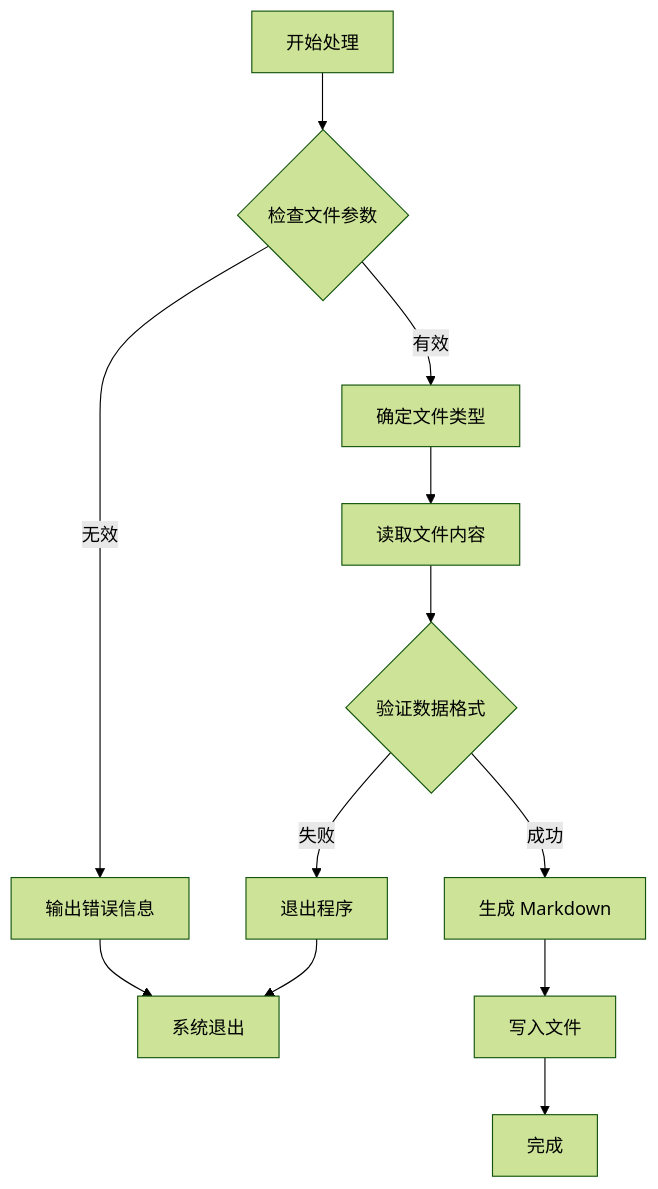
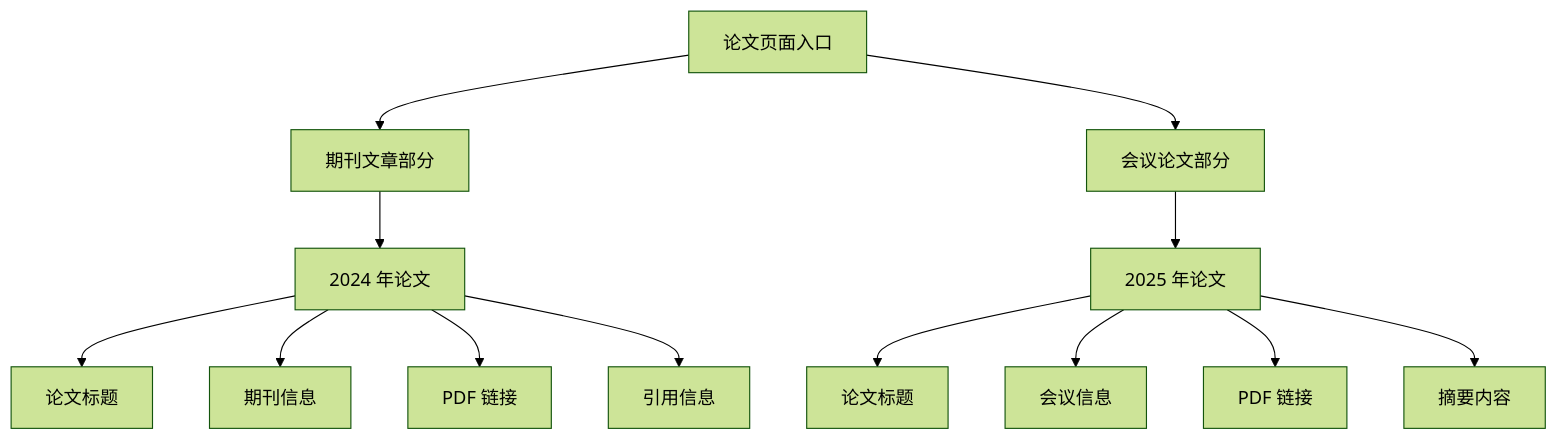
The fourth of 9 diagrams in .qoder/repowiki/zh/content/数据处理和自动化/Python 数据处理脚本.md (CoolPig0720/CoolPig0720.github.io), drawn with Mermaid (forest theme) before and after one commit. The commit also changed other lines of this file and 36 other files, not shown here.

````diff
--- a/.qoder/repowiki/zh/content/数据处理和自动化/Python 数据处理脚本.md
+++ b/.qoder/repowiki/zh/content/数据处理和自动化/Python 数据处理脚本.md
@@ -231,14 +193,15 @@
 ```mermaid
 flowchart TD
-A[开始处理] --> B{检查文件参数}
-B --> |无效| C[输出错误信息]
-B --> |有效| D[确定文件类型]
-D --> E[读取文件内容]
-E --> F{验证数据格式}
-F --> |失败| G[退出程序]
-F --> |成功| H[生成 Markdown]
-H --> I[写入文件]
-I --> J[完成]
-C --> K[系统退出]
-G --> K
+A[论文页面入口] --> B[期刊文章部分]
+A --> C[会议论文部分]
+B --> D[2024 年论文]
+C --> E[2025 年论文]
+D --> F[论文标题]
+D --> G[期刊信息]
+D --> H[PDF 链接]
+D --> I[引用信息]
+E --> J[论文标题]
+E --> K[会议信息]
+E --> L[PDF 链接]
+E --> M[摘要内容]
 ```
````
